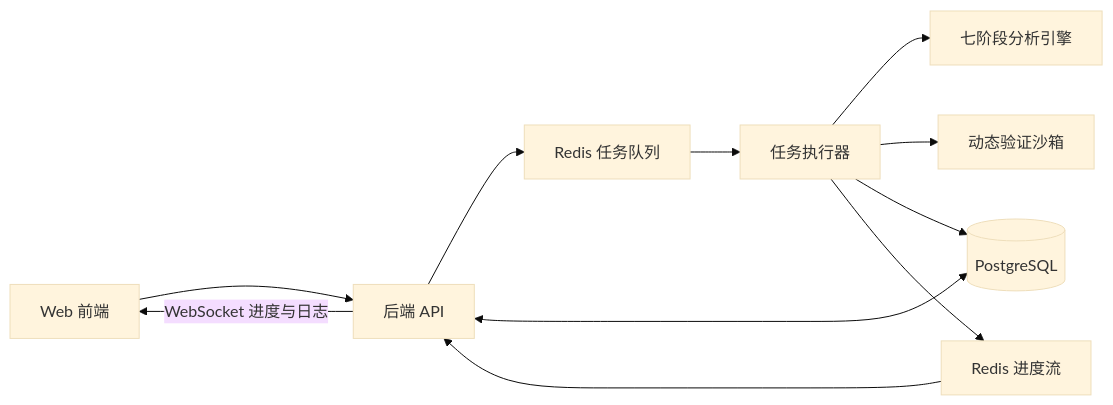
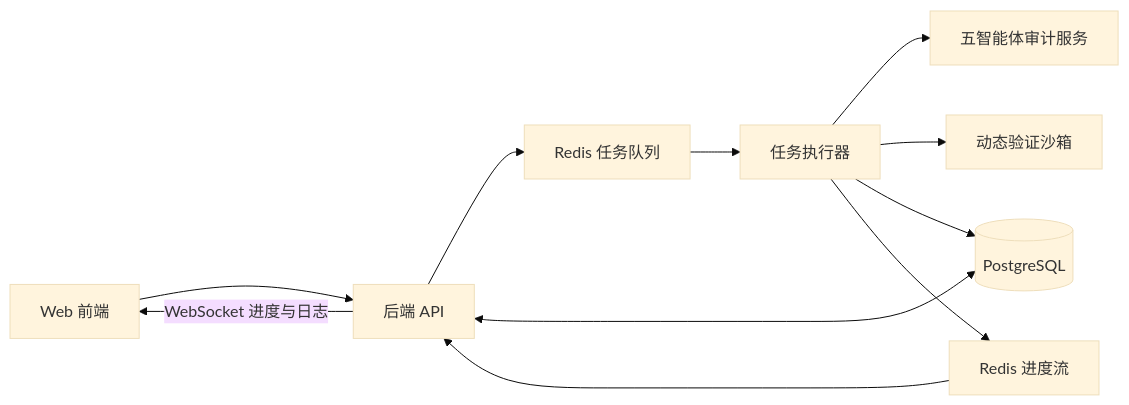
Before and after one commit to Taylor-Lai/SC-SENTINEL-Memorial: the diagram in README.md, drawn with Mermaid (base theme). The commit also changed other lines of this file and 4 other files, not shown here.

````diff
--- a/README.md
+++ b/README.md
@@ -55,13 +45,13 @@
 ```mermaid
 flowchart LR
     UI[Web 前端] --> API[后端 API]
     API --> Queue[Redis 任务队列]
     Queue --> Worker[任务执行器]
-    Worker --> Agent[七阶段分析引擎]
+    Worker --> Agent[五智能体审计服务]
     Worker --> Sandbox[动态验证沙箱]
     API <--> DB[(PostgreSQL)]
     Worker --> DB
     Worker --> Progress[Redis 进度流]
     Progress --> API
     API -->|WebSocket 进度与日志| UI
 ```
````
